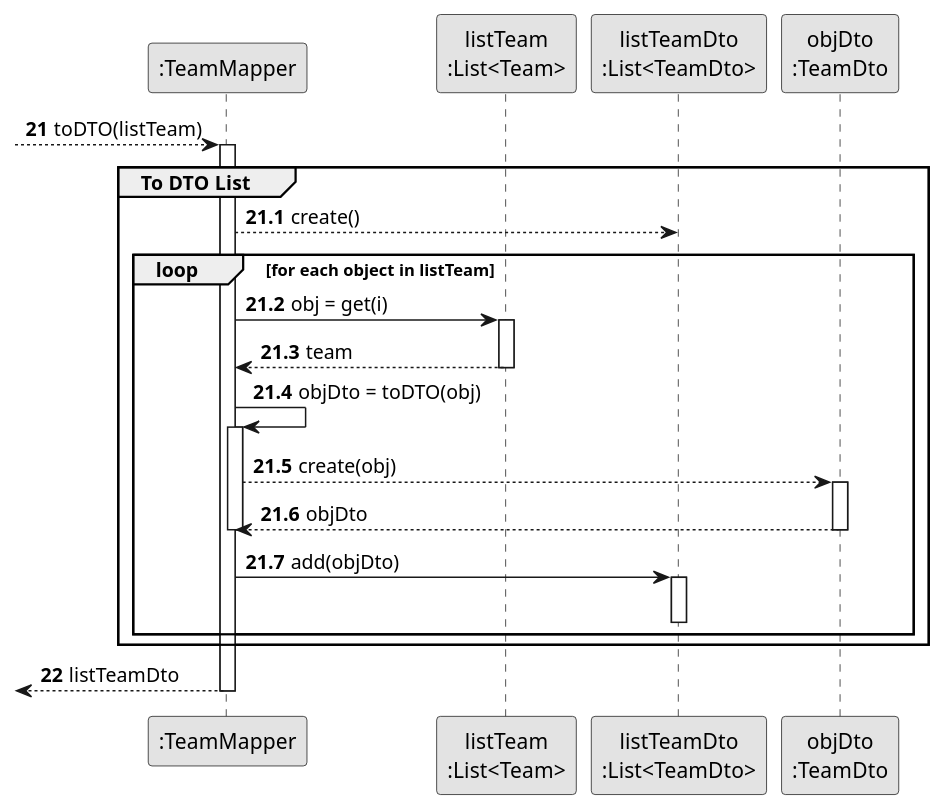
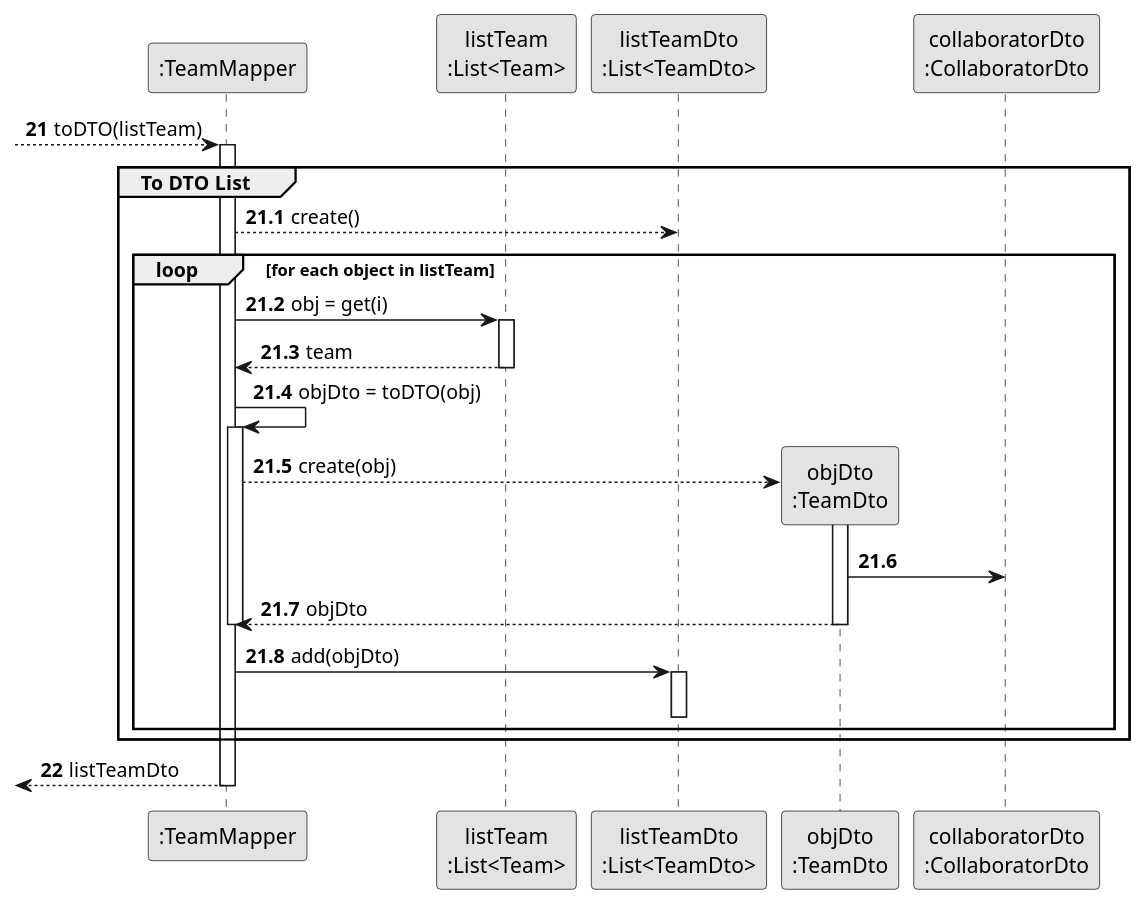
The diagram in docs/sprint3/us23/03.design/puml/us23-partial-sequence-diagram-SD-toDTO-List.puml (Departamento-de-Engenharia-Informatica/lei-24-s2-1db-g022), drawn with PlantUML before and after one commit. The commit also changed 22 other files, not shown here.

```diff
--- a/docs/sprint3/us23/03.design/puml/us23-partial-sequence-diagram-SD-toDTO-List.puml
+++ b/docs/sprint3/us23/03.design/puml/us23-partial-sequence-diagram-SD-toDTO-List.puml
@@ -1,63 +1,68 @@
 @startuml
 'https://plantuml.com/sequence-diagram
 skinparam monochrome true
 skinparam packageStyle rectangle
 skinparam shadowing false
 
 participant ":TeamMapper" as TEAMMP
 participant "listTeam\n:List<Team>" as TEAMLIST
 participant "listTeamDto\n:List<TeamDto>" as LSTEAMDTO
 participant "objDto\n:TeamDto" as DTOTEAM
+participant "collaboratorDto\n:CollaboratorDto" as DTOCOLLABORATOR
 
 autonumber 21
 
 --> TEAMMP : toDTO(listTeam)
 
 autonumber 21.1
 
 activate TEAMMP
 
 group To DTO List
 
 TEAMMP --> LSTEAMDTO : create()
 
 loop for each object in listTeam
 
 TEAMMP -> TEAMLIST : obj = get(i)
 
 activate TEAMLIST
 
 TEAMLIST --> TEAMMP : team
 
 deactivate TEAMLIST
 
 TEAMMP -> TEAMMP : objDto = toDTO(obj)
 
 activate TEAMMP
 
-TEAMMP --> DTOTEAM : create(obj)
+TEAMMP --> DTOTEAM** : create(obj)
 
 activate DTOTEAM
+
+DTOTEAM -> DTOCOLLABORATOR
+
+
 
 DTOTEAM --> TEAMMP : objDto
 
 deactivate DTOTEAM
 
 deactivate TEAMMP
 
 TEAMMP -> LSTEAMDTO : add(objDto)
 
 activate LSTEAMDTO
 
 deactivate LSTEAMDTO
 
 end
 
 end
 
 autonumber 22
 
 <-- TEAMMP : listTeamDto
 
 deactivate TEAMMP
 @enduml
```
